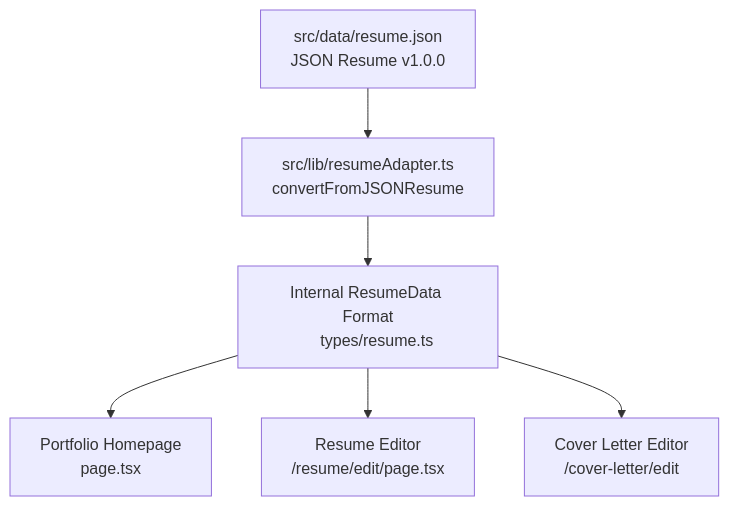
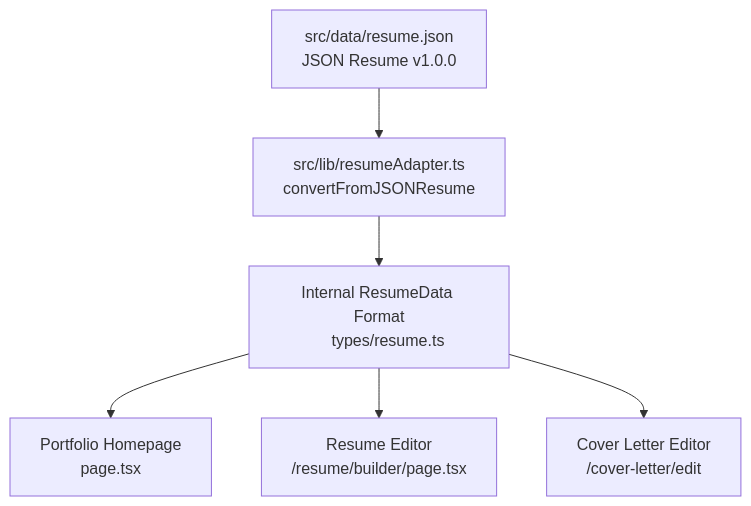
The second of 4 diagrams in ARCHITECTURE.md (ismail-kattakath/ai-jsonresume), drawn with Mermaid before and after one commit. The commit also changed other lines of this file and 17 other files, not shown here.

First line of the commit message:
refactor: rename route from /resume/edit to /resume/builder

````diff
--- a/ARCHITECTURE.md
+++ b/ARCHITECTURE.md
@@ -94,16 +94,16 @@
 ```mermaid
 flowchart TD
     A["src/data/resume.json
     JSON Resume v1.0.0"] --> B["src/lib/resumeAdapter.ts
     convertFromJSONResume"]
 
     B --> C["Internal ResumeData Format
     types/resume.ts"]
 
     C --> D["Portfolio Homepage
     page.tsx"]
     C --> E["Resume Editor
-    /resume/edit/page.tsx"]
+    /resume/builder/page.tsx"]
     C --> F["Cover Letter Editor
     /cover-letter/edit"]
 ```
````
